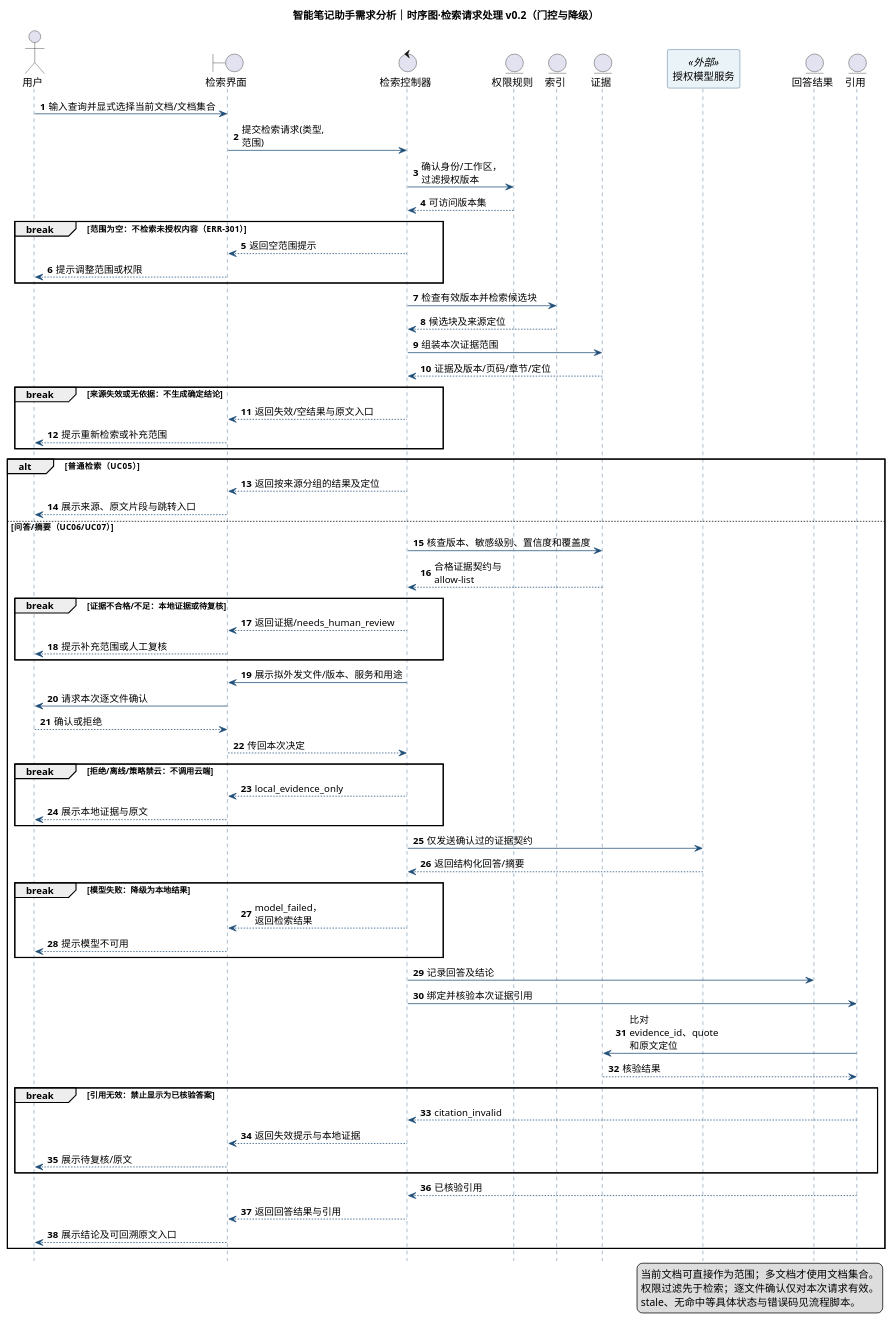
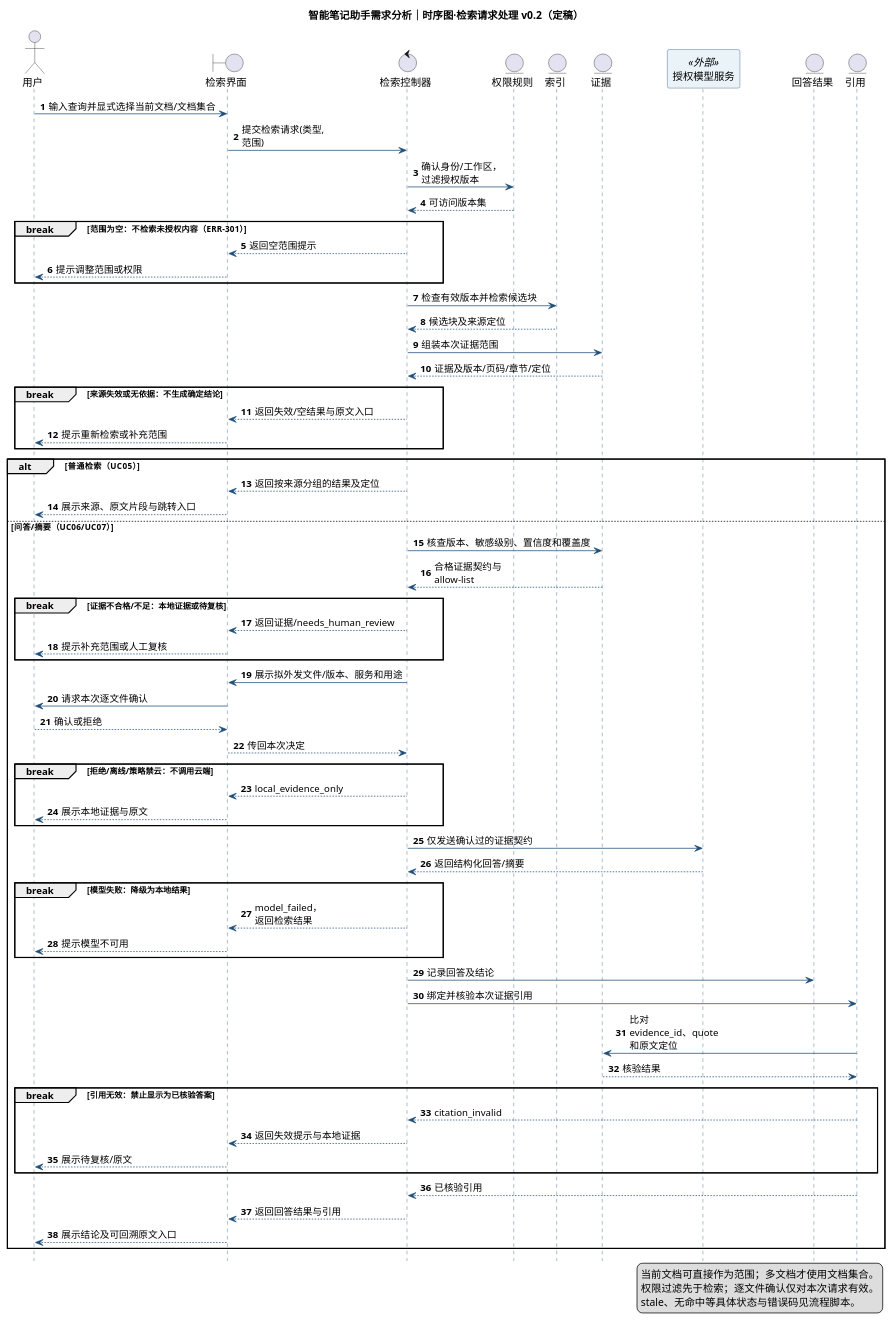
Before and after one commit to Intelligent-Reader-2zu/Intelligent-Reader-2zu: the diagram in 工作区/需求分析/分析图/时序图-检索请求处理-v0.2.puml, drawn with PlantUML. The commit also changed 13 other files, not shown here.

First line of the commit message:
feat(2组/需求分析): 类图定稿并完成一致性检查第二轮 [W4/W9] (#15)

```diff
--- a/工作区/需求分析/分析图/时序图-检索请求处理-v0.2.puml
+++ b/工作区/需求分析/分析图/时序图-检索请求处理-v0.2.puml
@@ -1,99 +1,99 @@
 @startuml
-title 智能笔记助手需求分析｜时序图·检索请求处理 v0.2（门控与降级）
+title 智能笔记助手需求分析｜时序图·检索请求处理 v0.2（定稿）
 
 skinparam shadowing false
 skinparam defaultFontName Microsoft YaHei
 skinparam maxMessageSize 80
 skinparam ParticipantPadding 60
 skinparam sequence {
   ArrowColor #1F4E78
   LifeLineBorderColor #1F4E78
   ParticipantBackgroundColor #EAF3F8
   ParticipantBorderColor #1F4E78
 }
 hide footbox
 autonumber
 
 actor "用户" as U
-boundary "检索界面" as UI
+boundary "检索界面" as SearchUI
 control "检索控制器" as SC
 entity "权限规则" as PR
 entity "索引" as IDX
 entity "证据" as EV
 participant "授权模型服务" as MS <<外部>>
 entity "回答结果" as ANS
 entity "引用" as CIT
 
-U -> UI : 输入查询并显式选择当前文档/文档集合
-UI -> SC : 提交检索请求(类型, 范围)
+U -> SearchUI : 输入查询并显式选择当前文档/文档集合
+SearchUI -> SC : 提交检索请求(类型, 范围)
 SC -> PR : 确认身份/工作区，过滤授权版本
 PR --> SC : 可访问版本集
 
 break 范围为空：不检索未授权内容（ERR-301）
-  SC --> UI : 返回空范围提示
-  UI --> U : 提示调整范围或权限
+  SC --> SearchUI : 返回空范围提示
+  SearchUI --> U : 提示调整范围或权限
 end
 
 SC -> IDX : 检查有效版本并检索候选块
 IDX --> SC : 候选块及来源定位
 SC -> EV : 组装本次证据范围
 EV --> SC : 证据及版本/页码/章节/定位
 
 break 来源失效或无依据：不生成确定结论
-  SC --> UI : 返回失效/空结果与原文入口
-  UI --> U : 提示重新检索或补充范围
+  SC --> SearchUI : 返回失效/空结果与原文入口
+  SearchUI --> U : 提示重新检索或补充范围
 end
 
 alt 普通检索（UC05）
-  SC --> UI : 返回按来源分组的结果及定位
-  UI --> U : 展示来源、原文片段与跳转入口
+  SC --> SearchUI : 返回按来源分组的结果及定位
+  SearchUI --> U : 展示来源、原文片段与跳转入口
 else 问答/摘要（UC06/UC07）
   SC -> EV : 核查版本、敏感级别、置信度和覆盖度
   EV --> SC : 合格证据契约与 allow-list
 
   break 证据不合格/不足：本地证据或待复核
-    SC --> UI : 返回证据/needs_human_review
-    UI --> U : 提示补充范围或人工复核
+    SC --> SearchUI : 返回证据/needs_human_review
+    SearchUI --> U : 提示补充范围或人工复核
   end
 
-  SC -> UI : 展示拟外发文件/版本、服务和用途
-  UI -> U : 请求本次逐文件确认
-  U --> UI : 确认或拒绝
-  UI --> SC : 传回本次决定
+  SC -> SearchUI : 展示拟外发文件/版本、服务和用途
+  SearchUI -> U : 请求本次逐文件确认
+  U --> SearchUI : 确认或拒绝
+  SearchUI --> SC : 传回本次决定
 
   break 拒绝/离线/策略禁云：不调用云端
-    SC --> UI : local_evidence_only
-    UI --> U : 展示本地证据与原文
+    SC --> SearchUI : local_evidence_only
+    SearchUI --> U : 展示本地证据与原文
   end
 
   SC -> MS : 仅发送确认过的证据契约
   MS --> SC : 返回结构化回答/摘要
 
   break 模型失败：降级为本地结果
-    SC --> UI : model_failed，返回检索结果
-    UI --> U : 提示模型不可用
+    SC --> SearchUI : model_failed，返回检索结果
+    SearchUI --> U : 提示模型不可用
   end
 
   SC -> ANS : 记录回答及结论
   SC -> CIT : 绑定并核验本次证据引用
   CIT -> EV : 比对 evidence_id、quote 和原文定位
   EV --> CIT : 核验结果
 
   break 引用无效：禁止显示为已核验答案
     CIT --> SC : citation_invalid
-    SC --> UI : 返回失效提示与本地证据
-    UI --> U : 展示待复核/原文
+    SC --> SearchUI : 返回失效提示与本地证据
+    SearchUI --> U : 展示待复核/原文
   end
 
   CIT --> SC : 已核验引用
-  SC --> UI : 返回回答结果与引用
-  UI --> U : 展示结论及可回溯原文入口
+  SC --> SearchUI : 返回回答结果与引用
+  SearchUI --> U : 展示结论及可回溯原文入口
 end
 
 legend right
   当前文档可直接作为范围；多文档才使用文档集合。
   权限过滤先于检索；逐文件确认仅对本次请求有效。
   stale、无命中等具体状态与错误码见流程脚本。
 endlegend
 
 @enduml
```
